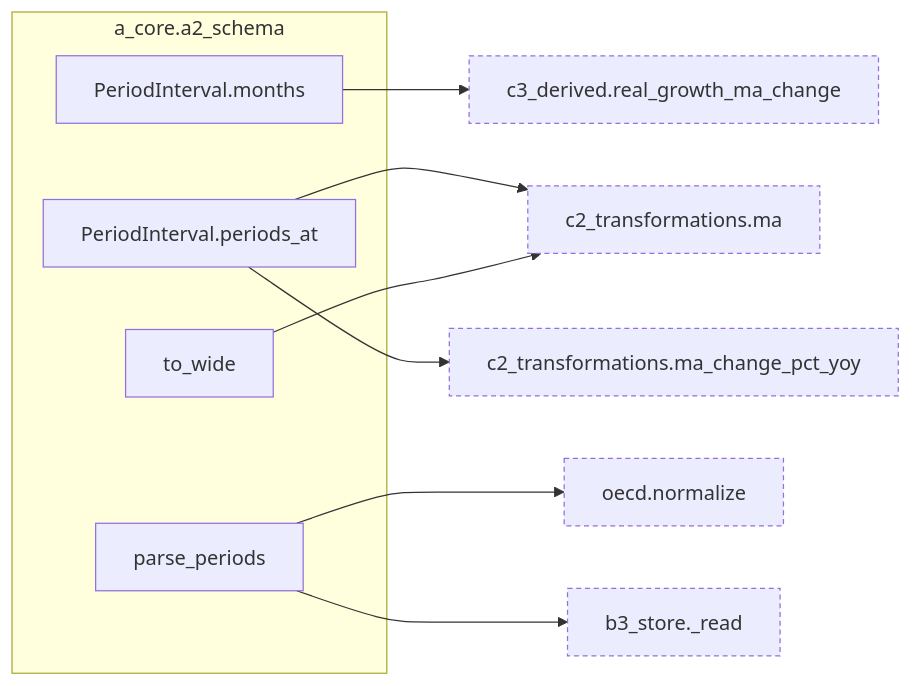
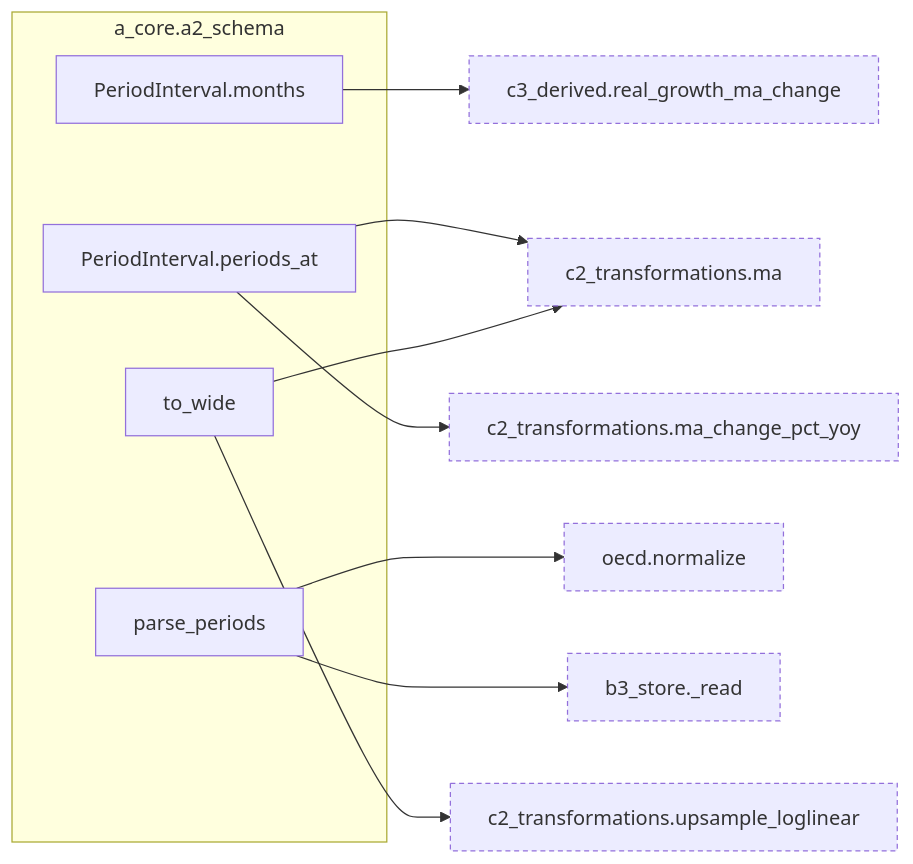
The fourth of 15 diagrams in docs/architecture.md (bsawyerg15/MacroScan), drawn with Mermaid before and after one commit. The commit also changed other lines of this file and 8 other files, not shown here.

````diff
--- a/docs/architecture.md
+++ b/docs/architecture.md
@@ -353,30 +355,33 @@
 ```mermaid
 flowchart LR
   subgraph this["a_core.a2_schema"]
     n_a_core_a2_schema_PeriodInterval_months["PeriodInterval.months"]
     n_a_core_a2_schema_PeriodInterval_periods_at["PeriodInterval.periods_at"]
     n_a_core_a2_schema_parse_periods["parse_periods"]
     n_a_core_a2_schema_to_wide["to_wide"]
   end
   n_b_ingest_b1_sources_oecd_normalize["oecd.normalize"]:::ext
   n_b_ingest_b3_store__read["b3_store._read"]:::ext
   n_c_transform_c2_transformations_ma["c2_transformations.ma"]:::ext
   n_c_transform_c2_transformations_ma_change_pct_yoy["c2_transformations.ma_change_pct_yoy"]:::ext
+  n_c_transform_c2_transformations_upsample_loglinear["c2_transformations.upsample_loglinear"]:::ext
   n_c_transform_c3_derived_real_growth_ma_change["c3_derived.real_growth_ma_change"]:::ext
   n_a_core_a2_schema_parse_periods --> n_b_ingest_b1_sources_oecd_normalize
   n_a_core_a2_schema_parse_periods --> n_b_ingest_b3_store__read
   n_a_core_a2_schema_PeriodInterval_periods_at --> n_c_transform_c2_transformations_ma
   n_a_core_a2_schema_to_wide --> n_c_transform_c2_transformations_ma
   n_a_core_a2_schema_PeriodInterval_periods_at --> n_c_transform_c2_transformations_ma_change_pct_yoy
+  n_a_core_a2_schema_to_wide --> n_c_transform_c2_transformations_upsample_loglinear
   n_a_core_a2_schema_PeriodInterval_months --> n_c_transform_c3_derived_real_growth_ma_change
   click n_a_core_a2_schema_PeriodInterval_months href "#fn-a_core-a2_schema-PeriodInterval.months"
   click n_a_core_a2_schema_PeriodInterval_periods_at href "#fn-a_core-a2_schema-PeriodInterval.periods_at"
   click n_a_core_a2_schema_parse_periods href "#fn-a_core-a2_schema-parse_periods"
   click n_a_core_a2_schema_to_wide href "#fn-a_core-a2_schema-to_wide"
   click n_b_ingest_b1_sources_oecd_normalize href "#fn-b_ingest-b1_sources-oecd-normalize"
   click n_b_ingest_b3_store__read href "#fn-b_ingest-b3_store-_read"
   click n_c_transform_c2_transformations_ma href "#fn-c_transform-c2_transformations-ma"
   click n_c_transform_c2_transformations_ma_change_pct_yoy href "#fn-c_transform-c2_transformations-ma_change_pct_yoy"
+  click n_c_transform_c2_transformations_upsample_loglinear href "#fn-c_transform-c2_transformations-upsample_loglinear"
   click n_c_transform_c3_derived_real_growth_ma_change href "#fn-c_transform-c3_derived-real_growth_ma_change"
   classDef ext stroke-dasharray: 4 3
 ```
````
